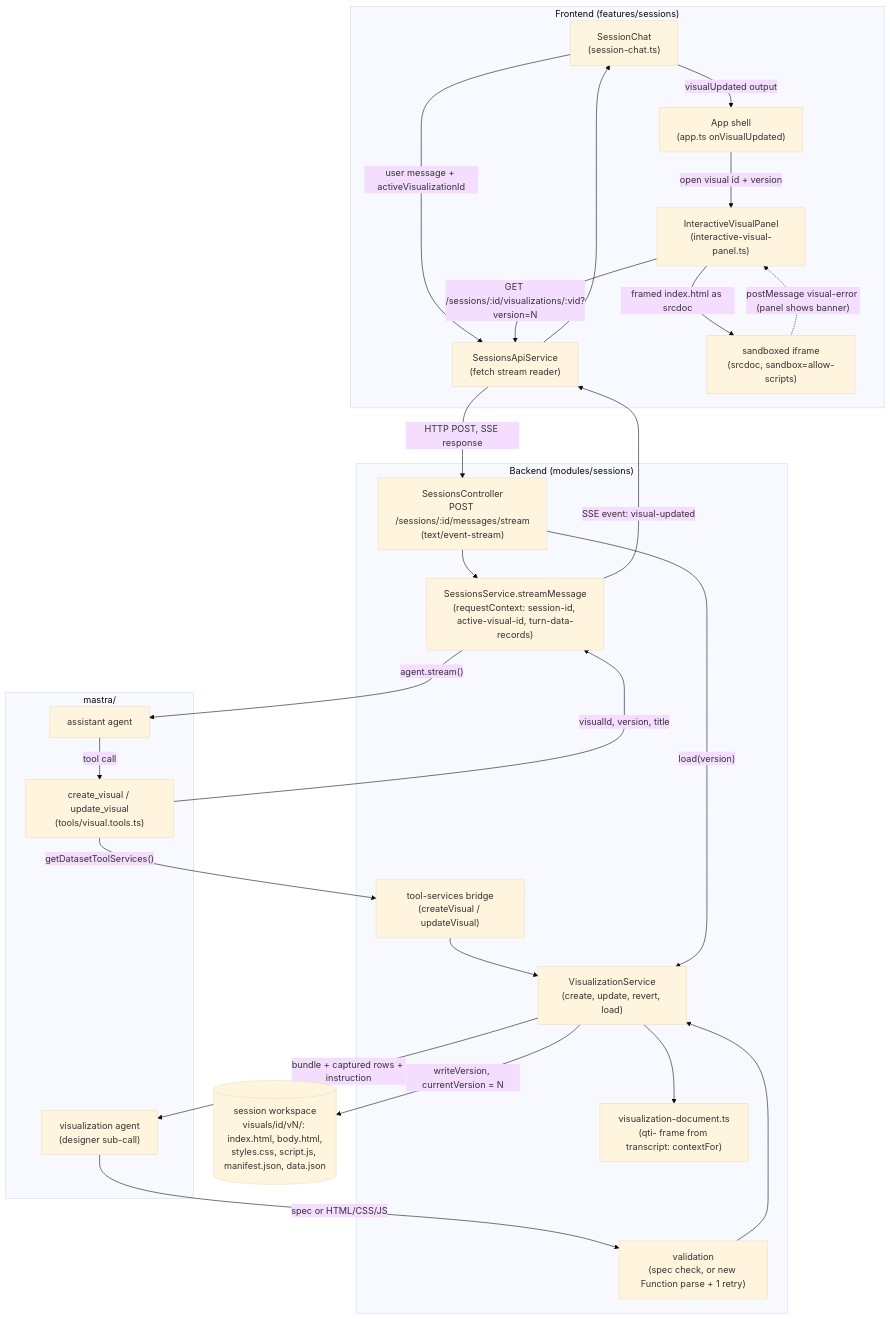
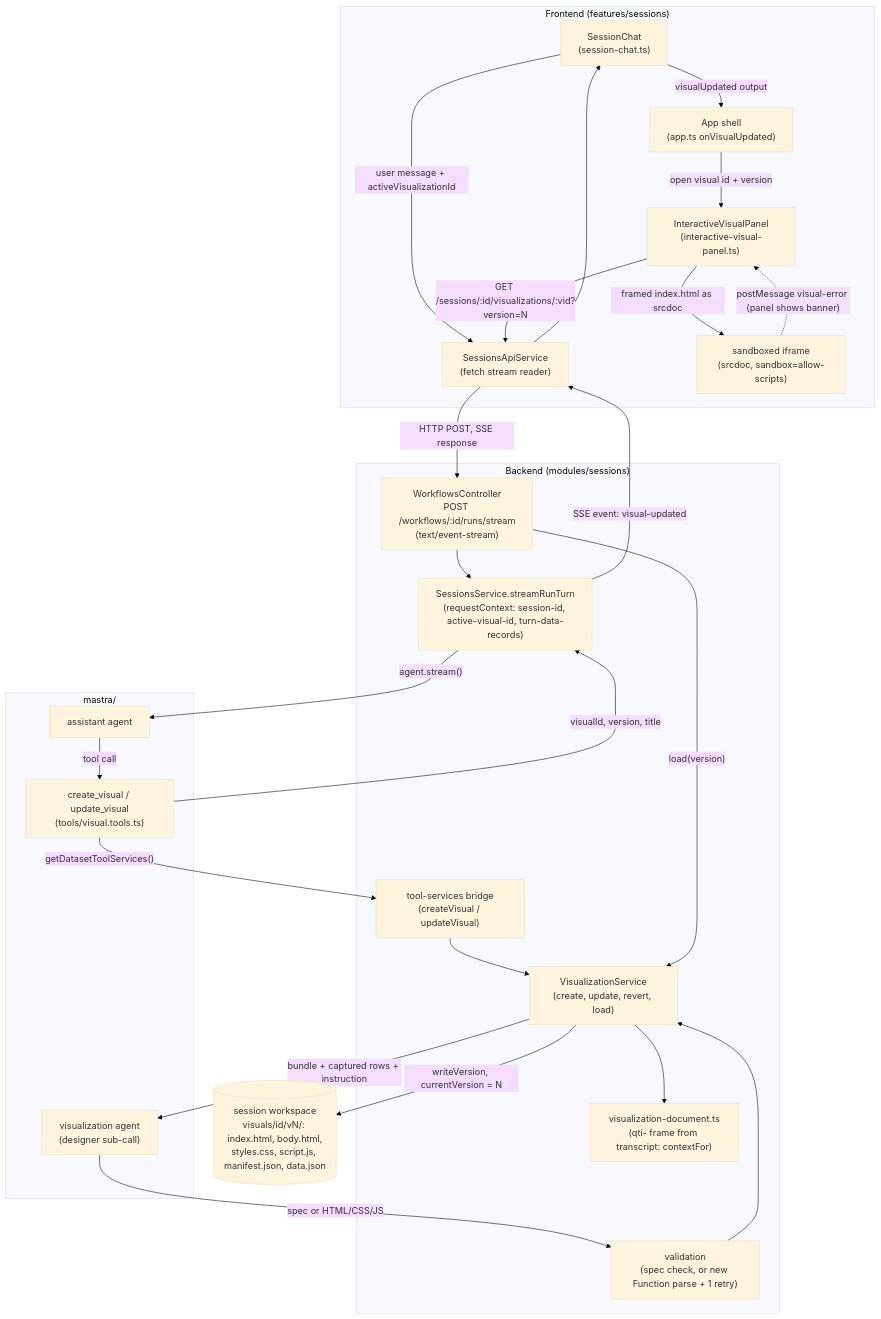
Before and after one commit to jhon-buendia-halo/bi-assistant: the fifth of 5 diagrams in specs/system/architecture.md, drawn with Mermaid (base theme). The commit also changed other lines of this file and 101 other files, not shown here.

````diff
--- a/specs/system/architecture.md
+++ b/specs/system/architecture.md
@@ -1097,49 +1098,49 @@
 ```mermaid
 flowchart TB
   subgraph fe["Frontend (features/sessions)"]
     chat["SessionChat<br/>(session-chat.ts)"]
     api["SessionsApiService<br/>(fetch stream reader)"]
     shell["App shell<br/>(app.ts onVisualUpdated)"]
     panel["InteractiveVisualPanel<br/>(interactive-visual-panel.ts)"]
     iframe["sandboxed iframe<br/>(srcdoc, sandbox=allow-scripts)"]
   end
 
   subgraph be["Backend (modules/sessions)"]
-    ctrl["SessionsController<br/>POST /sessions/:id/messages/stream<br/>(text/event-stream)"]
-    svc["SessionsService.streamMessage<br/>(requestContext: session-id, active-visual-id, turn-data-records)"]
+    ctrl["WorkflowsController<br/>POST /workflows/:id/runs/stream<br/>(text/event-stream)"]
+    svc["SessionsService.streamRunTurn<br/>(requestContext: session-id, active-visual-id, turn-data-records)"]
     bridge["tool-services bridge<br/>(createVisual / updateVisual)"]
     vis["VisualizationService<br/>(create, update, revert, load)"]
     validate["validation<br/>(spec check, or new Function parse + 1 retry)"]
     frame["visualization-document.ts<br/>(qti- frame from transcript: contextFor)"]
   end
 
   subgraph ma["mastra/"]
     assistant["assistant agent"]
     tool["create_visual / update_visual<br/>(tools/visual.tools.ts)"]
     designer["visualization agent<br/>(designer sub-call)"]
   end
 
   files[("session workspace<br/>visuals/id/vN/: index.html, body.html,<br/>styles.css, script.js, manifest.json, data.json")]
 
   chat -->|"user message + activeVisualizationId"| api
   api -->|"HTTP POST, SSE response"| ctrl
   ctrl --> svc
   svc -->|"agent.stream()"| assistant
   assistant -->|"tool call"| tool
   tool -->|"getDatasetToolServices()"| bridge
   bridge --> vis
   vis -->|"bundle + captured rows + instruction"| designer
   designer -->|"spec or HTML/CSS/JS"| validate
   validate --> vis
   vis --> frame
   vis -->|"writeVersion, currentVersion = N"| files
   tool -->|"visualId, version, title"| svc
   svc -->|"SSE event: visual-updated"| api
   api --> chat
   chat -->|"visualUpdated output"| shell
   shell -->|"open visual id + version"| panel
   panel -->|"GET /sessions/:id/visualizations/:vid?version=N"| api
   ctrl -->|"load(version)"| vis
   panel -->|"framed index.html as srcdoc"| iframe
   iframe -.->|"postMessage visual-error (panel shows banner)"| panel
 ```
````
